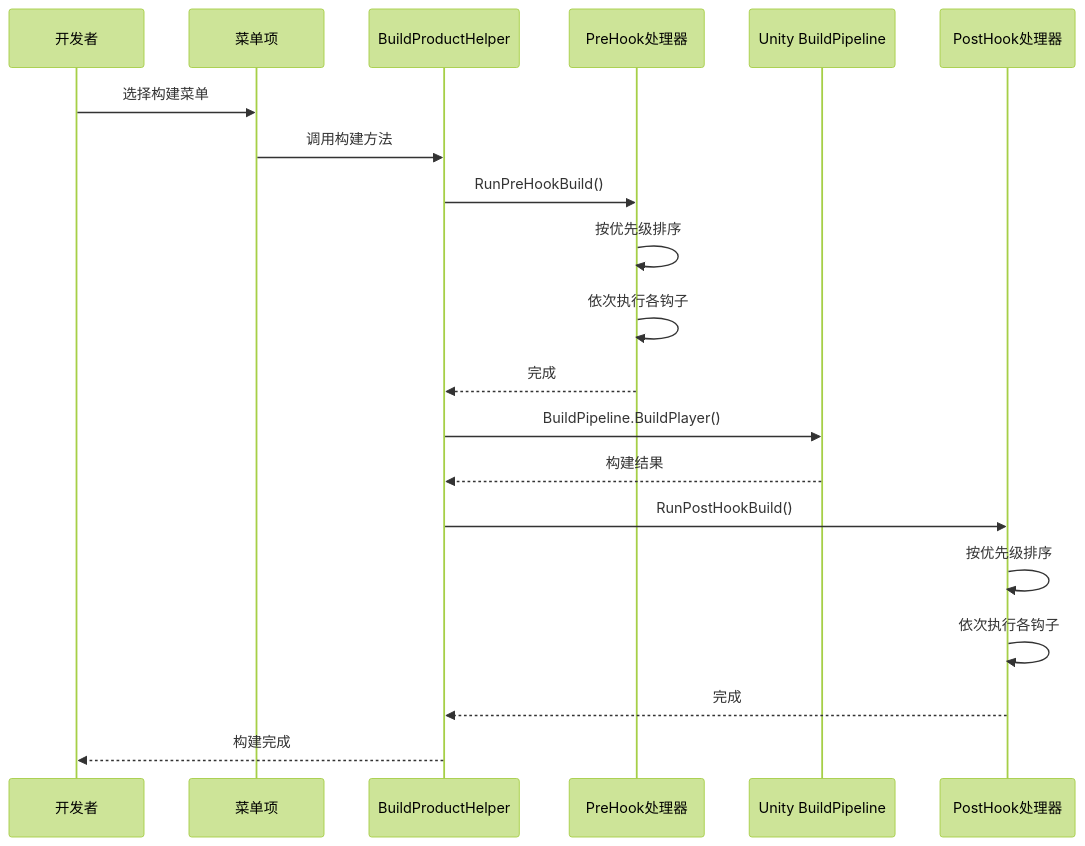
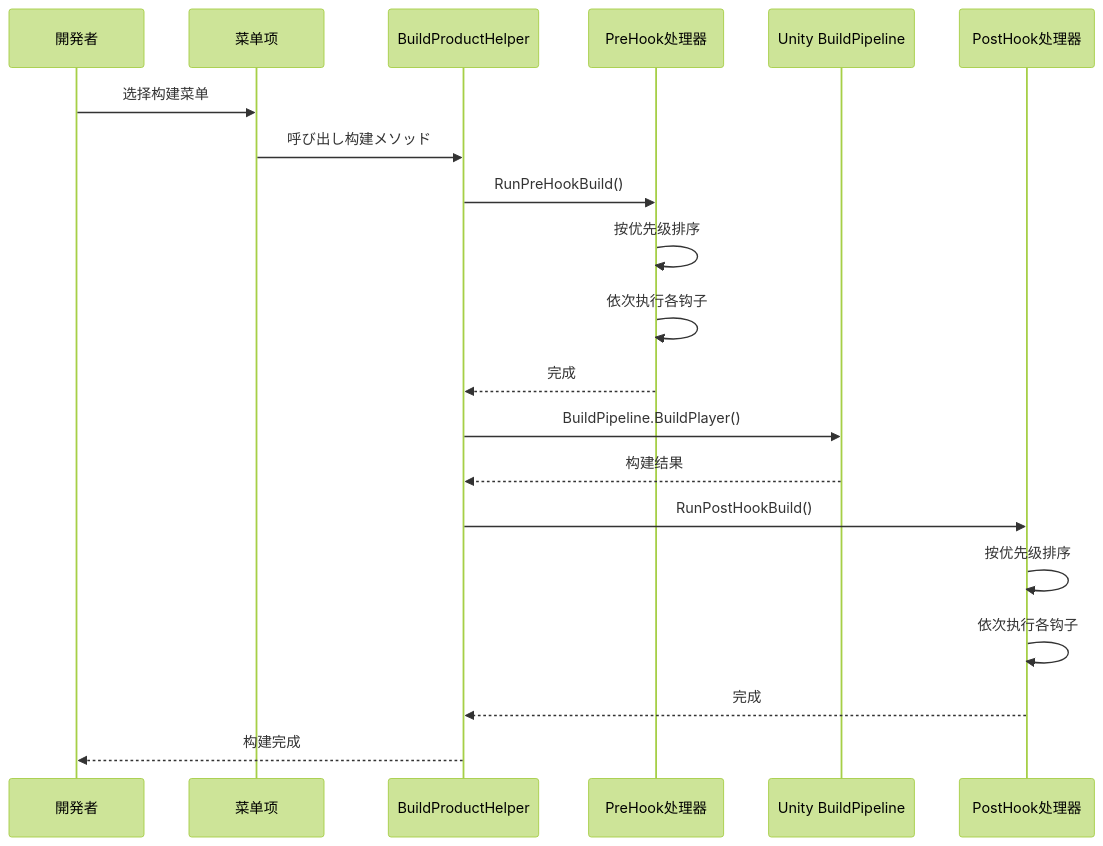
The second of 2 diagrams in docs/ja/client/unity/component/core/11.build-tools.md (AlianBlank/GameFrameX.Docs), drawn with Mermaid (forest theme) before and after one commit. The commit also changed other lines of this file and 603 other files, not shown here.

````diff
--- a/docs/ja/client/unity/component/core/11.build-tools.md
+++ b/docs/ja/client/unity/component/core/11.build-tools.md
@@ -189,23 +189,23 @@
 ```mermaid
 sequenceDiagram
-    participant User as 开发者
+    participant User as 開発者
     participant Menu as 菜单项
     participant BH as BuildProductHelper
     participant PreHook as PreHook处理器
     participant BP as Unity BuildPipeline
     participant PostHook as PostHook处理器
 
     User->>Menu: 选择构建菜单
-    Menu->>BH: 调用构建方法
+    Menu->>BH: 呼び出し构建メソッド
     BH->>PreHook: RunPreHookBuild()
     PreHook->>PreHook: 按优先级排序
     PreHook->>PreHook: 依次执行各钩子
     PreHook-->>BH: 完成
     BH->>BP: BuildPipeline.BuildPlayer()
     BP-->>BH: 构建结果
     BH->>PostHook: RunPostHookBuild()
     PostHook->>PostHook: 按优先级排序
     PostHook->>PostHook: 依次执行各钩子
     PostHook-->>BH: 完成
     BH-->>User: 构建完成
 ```
````
